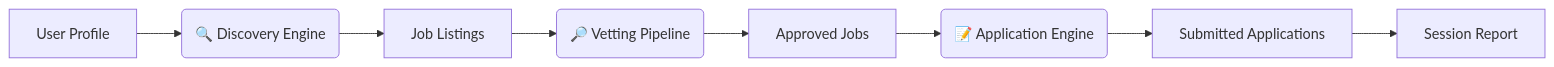
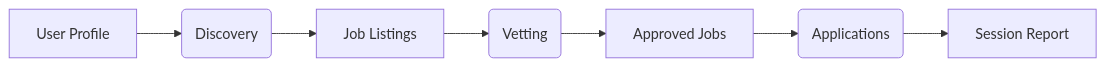
The diagram in README.md (Liebmann5/AA), drawn with Mermaid before and after one commit. The commit also changed other lines of this file and 91 other files, not shown here.

````diff
--- a/README.md
+++ b/README.md
@@ -93,10 +118,9 @@
 ```mermaid
 graph LR
-    A[User Profile] --> B(🔍 Discovery Engine)
+    A[User Profile] --> B(Discovery)
     B --> C[Job Listings]
-    C --> D(🔎 Vetting Pipeline)
+    C --> D(Vetting)
     D --> E[Approved Jobs]
-    E --> F(📝 Application Engine)
-    F --> G[Submitted Applications]
-    G --> H[Session Report]
+    E --> F(Applications)
+    F --> G[Session Report]
 ```
````
